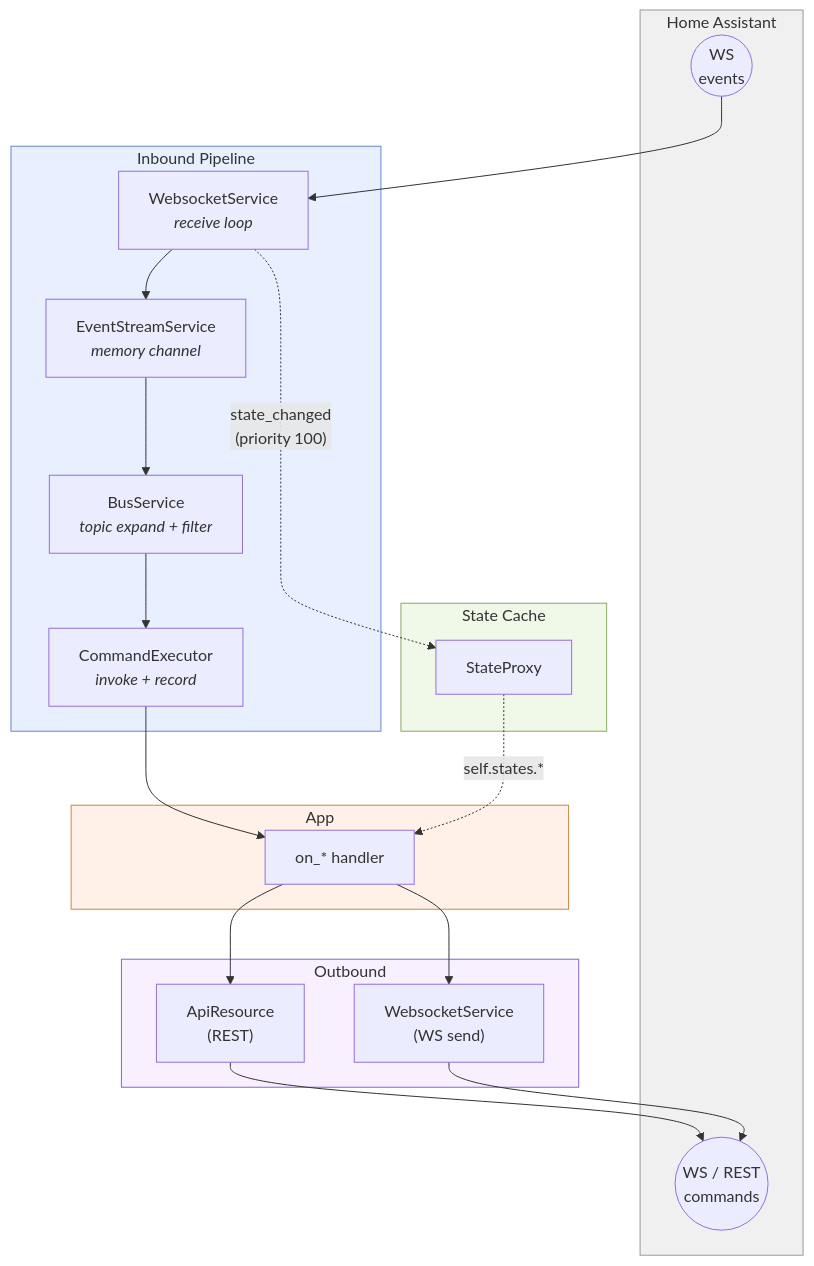
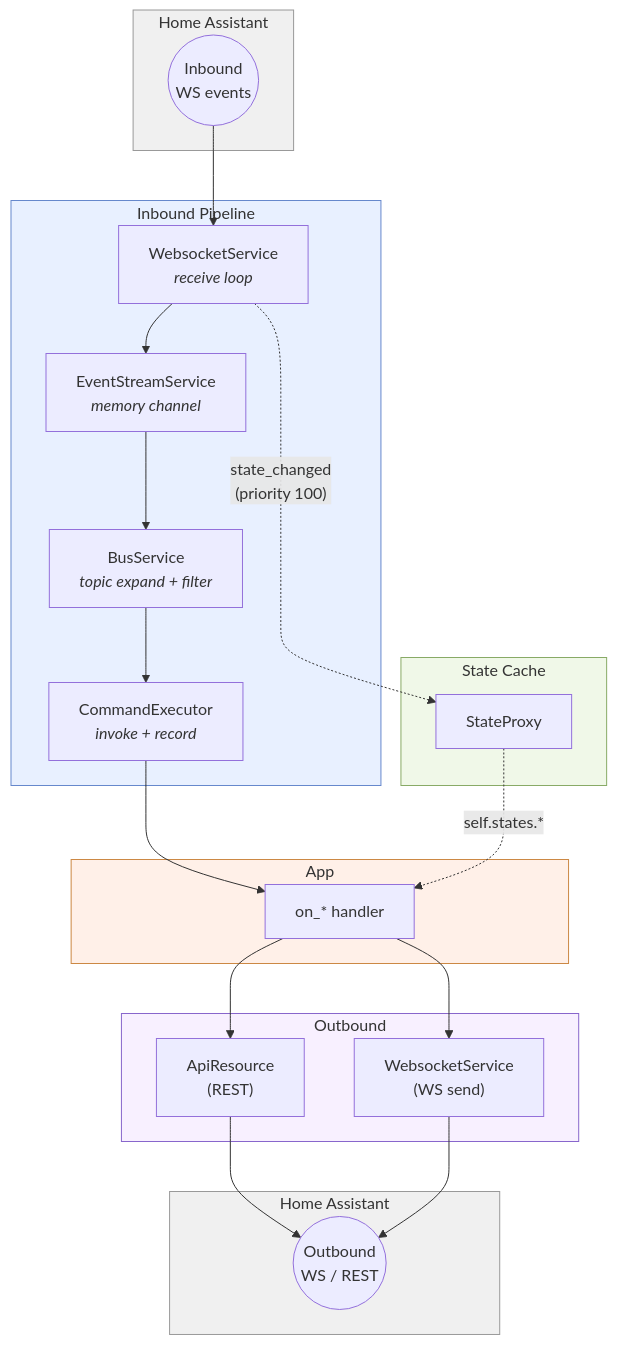
Before and after one commit to NodeJSmith/hassette: the third of 9 diagrams in docs/pages/core-concepts/internals.md, drawn with Mermaid. The commit also changed other lines of this file, not shown here.

First line of the commit message:
docs: polish diagram layouts for consistency and clarity

````diff
--- a/docs/pages/core-concepts/internals.md
+++ b/docs/pages/core-concepts/internals.md
@@ -140,44 +140,48 @@
 ```mermaid
 flowchart TD
     accTitle: Event and Data Flow
     accDescr: Inbound event pipeline and outbound API calls
 
-    subgraph ha["Home Assistant"]
-        HA_IN(("WS<br/>events"))
-        HA_OUT(("WS / REST<br/>commands"))
+    subgraph ha_in["Home Assistant"]
+        HA_IN(("Inbound<br/>WS events"))
     end
 
     subgraph inbound["Inbound Pipeline"]
         WS["WebsocketService<br/><i>receive loop</i>"]
         ESS["EventStreamService<br/><i>memory channel</i>"]
         BS["BusService<br/><i>topic expand + filter</i>"]
         CE["CommandExecutor<br/><i>invoke + record</i>"]
         WS --> ESS --> BS --> CE
     end
 
     subgraph cache["State Cache"]
         SP["StateProxy"]
     end
 
     subgraph app["App"]
         Handler["on_* handler"]
     end
 
     subgraph outbound["Outbound"]
         AR["ApiResource<br/>(REST)"]
         WSOut["WebsocketService<br/>(WS send)"]
     end
 
+    subgraph ha_out["Home Assistant"]
+        HA_OUT(("Outbound<br/>WS / REST"))
+    end
+
     HA_IN --> WS
     WS -. "state_changed<br/>(priority 100)" .-> SP
     CE --> Handler
     SP -. "self.states.*" .-> Handler
     Handler --> AR & WSOut
     AR & WSOut --> HA_OUT
 
-    style ha fill:#f0f0f0,stroke:#999
+    style ha_in fill:#f0f0f0,stroke:#999
+    style ha_out fill:#f0f0f0,stroke:#999
     style inbound fill:#e8f0ff,stroke:#6688cc
     style cache fill:#f0f8e8,stroke:#88aa66
     style app fill:#fff0e8,stroke:#cc8844
     style outbound fill:#f8f0ff,stroke:#8866cc
 ```
````
